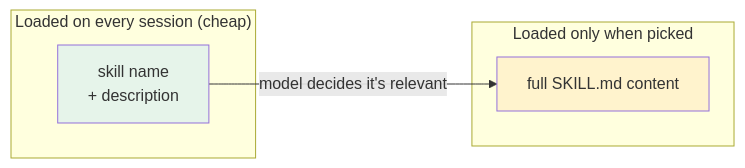
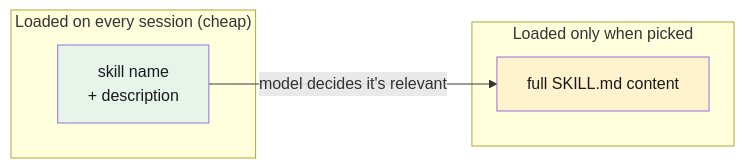
Before and after one commit to ethaizone/ai-training-for-software-developer: the diagram in 05-skills/README.md, drawn with Mermaid. The commit also changed 7 other files, not shown here.

Commit message:
Fix Mermaid node text for dark mode; force dark color on styled nodes

````diff
--- a/05-skills/README.md
+++ b/05-skills/README.md
@@ -16,12 +16,12 @@
 ```mermaid
 flowchart LR
     subgraph Always["Loaded on every session (cheap)"]
         N["skill name<br/>+ description"]
     end
     subgraph OnDemand["Loaded only when picked"]
         F["full SKILL.md content"]
     end
     N -->|"model decides it's relevant"| F
-    style N fill:#e6f4ea
-    style F fill:#fff3cd
+    style N fill:#e6f4ea,color:#1a1a1a
+    style F fill:#fff3cd,color:#1a1a1a
 ```
````
